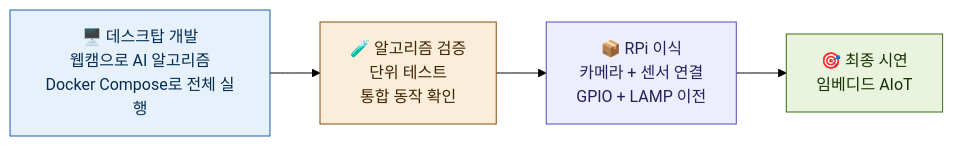
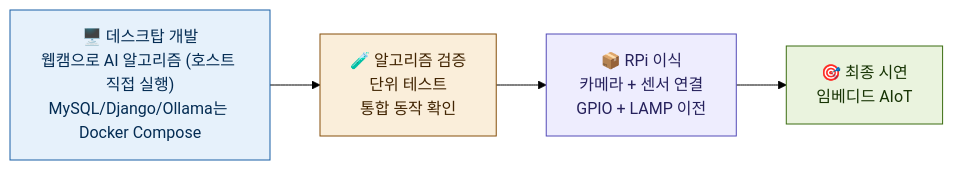
One commit to pgh165/capstone changed diagram 12 of 13 in project.md. Above: the diagram before and after it, drawn with Mermaid (forest theme). The commit also changed other lines of this file and 4 other files, not shown here.

````diff
--- a/project.md
+++ b/project.md
@@ -1015,11 +1021,11 @@
 ```mermaid
 flowchart LR
-    DEV["🖥️ 데스크탑 개발<br/>웹캠으로 AI 알고리즘<br/>Docker Compose로 전체 실행"] --> TEST["🧪 알고리즘 검증<br/>단위 테스트<br/>통합 동작 확인"]
+    DEV["🖥️ 데스크탑 개발<br/>웹캠으로 AI 알고리즘 (호스트 직접 실행)<br/>MySQL/Django/Ollama는 Docker Compose"] --> TEST["🧪 알고리즘 검증<br/>단위 테스트<br/>통합 동작 확인"]
     TEST --> PORT["📦 RPi 이식<br/>카메라 + 센서 연결<br/>GPIO + LAMP 이전"]
     PORT --> DEMO["🎯 최종 시연<br/>임베디드 AIoT"]
 
     style DEV fill:#E6F1FB,stroke:#185FA5,color:#042C53
     style TEST fill:#FAEEDA,stroke:#854F0B,color:#412402
     style PORT fill:#EEEDFE,stroke:#534AB7,color:#26215C
     style DEMO fill:#EAF3DE,stroke:#3B6D11,color:#173404
 ```
````
